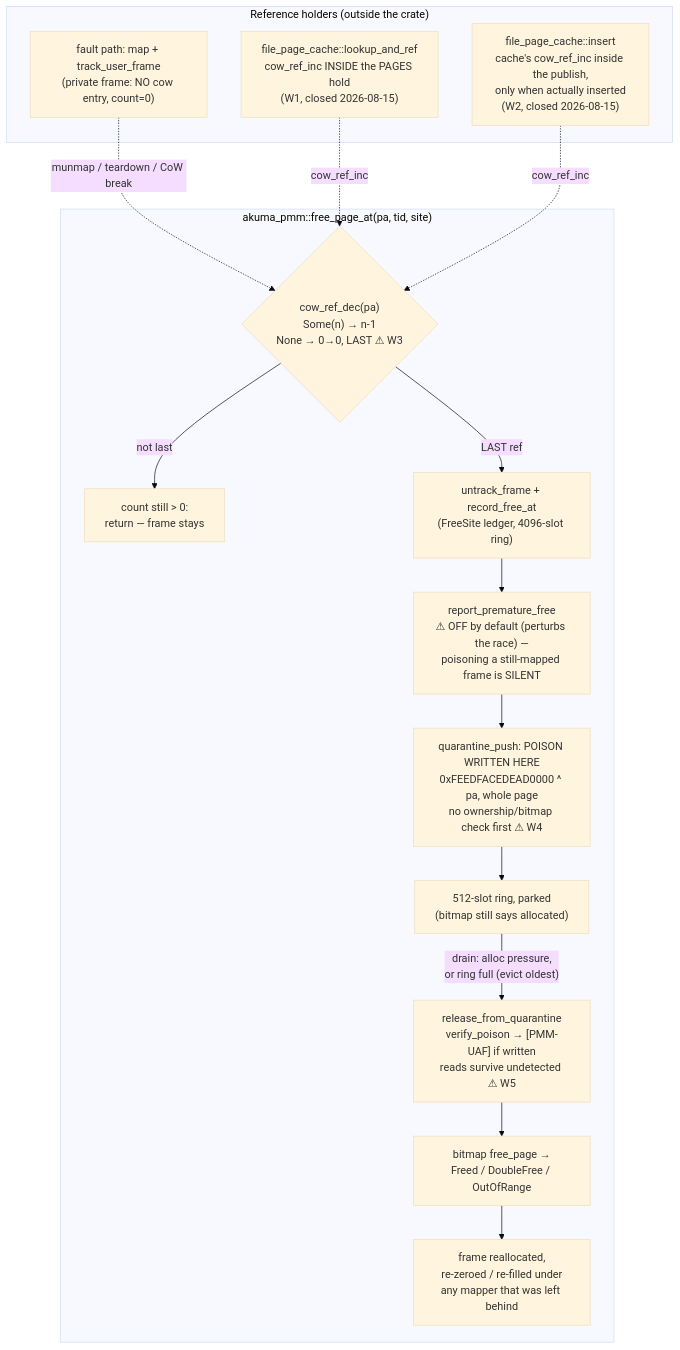
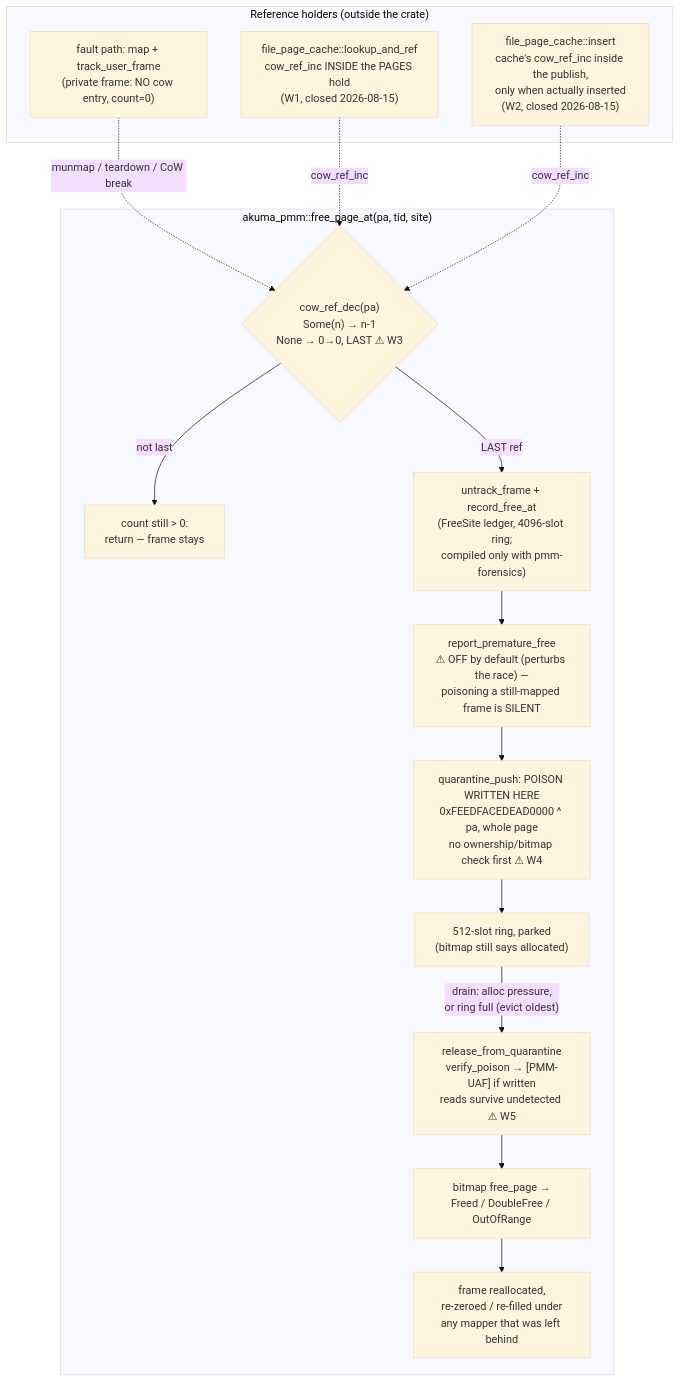
One commit to netoneko/akuma changed the first of 2 diagrams in docs/reference/subsystems/memory.md. Above: the diagram before and after it, drawn with Mermaid (base theme). The commit also changed other lines of this file and 9 other files, not shown here.

First line of the commit message:
akuma-pmm: the free and CoW-event ledgers behind pmm-forensics

````diff
--- a/docs/reference/subsystems/memory.md
+++ b/docs/reference/subsystems/memory.md
@@ -89,27 +89,27 @@
 ```mermaid
 flowchart TB
     subgraph REFS["Reference holders (outside the crate)"]
         MAP["fault path: map + track_user_frame<br/>(private frame: NO cow entry, count=0)"]
         LKP["file_page_cache::lookup_and_ref<br/>cow_ref_inc INSIDE the PAGES hold<br/>(W1, closed 2026-08-15)"]
         INS["file_page_cache::insert<br/>cache's cow_ref_inc inside the publish,<br/>only when actually inserted<br/>(W2, closed 2026-08-15)"]
     end
 
     subgraph FREEPIPE["akuma_pmm::free_page_at(pa, tid, site)"]
         DEC{"cow_ref_dec(pa)<br/>Some(n) → n-1<br/>None → 0→0, LAST ⚠ W3"}
         KEEP["count still > 0:<br/>return — frame stays"]
-        UNTRK["untrack_frame + record_free_at<br/>(FreeSite ledger, 4096-slot ring)"]
+        UNTRK["untrack_frame + record_free_at<br/>(FreeSite ledger, 4096-slot ring;<br/>compiled only with pmm-forensics)"]
         PREM["report_premature_free<br/>⚠ OFF by default (perturbs the race) —<br/>poisoning a still-mapped frame is SILENT"]
         QPUSH["quarantine_push: POISON WRITTEN HERE<br/>0xFEEDFACEDEAD0000 ^ pa, whole page<br/>no ownership/bitmap check first ⚠ W4"]
         RING["512-slot ring, parked<br/>(bitmap still says allocated)"]
         DRAIN["release_from_quarantine<br/>verify_poison → [PMM-UAF] if written<br/>reads survive undetected ⚠ W5"]
         BMAP["bitmap free_page →<br/>Freed / DoubleFree / OutOfRange"]
         REUSE["frame reallocated,<br/>re-zeroed / re-filled under<br/>any mapper that was left behind"]
     end
 
     MAP -. "munmap / teardown / CoW break" .-> DEC
     LKP -. "cow_ref_inc" .-> DEC
     INS -. "cow_ref_inc" .-> DEC
     DEC -->|"not last"| KEEP
     DEC -->|"LAST ref"| UNTRK --> PREM --> QPUSH --> RING
     RING -->|"drain: alloc pressure,<br/>or ring full (evict oldest)"| DRAIN --> BMAP --> REUSE
 ```
````
